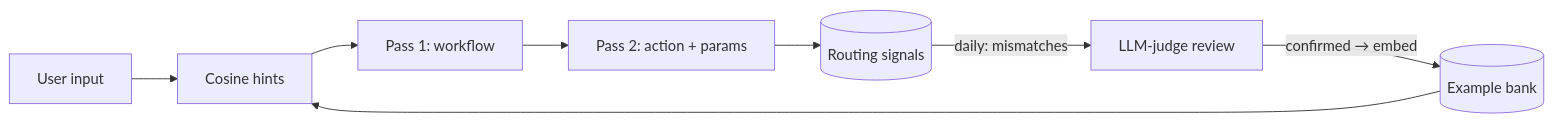
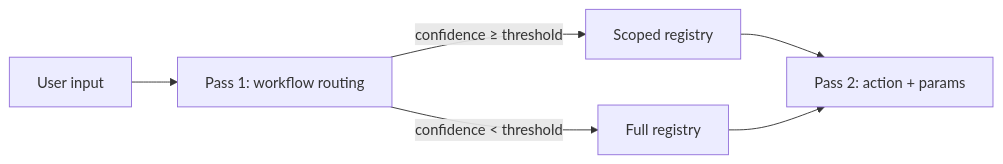
The first of 10 diagrams in README.md (ndrean/reactor-crm_ex), drawn with Mermaid before and after one commit. The commit also changed other lines of this file and 17 other files, not shown here.

````diff
--- a/README.md
+++ b/README.md
@@ -17,10 +17,8 @@
 ```mermaid
 flowchart LR
-    I[User input] --> CS
-    EX[(Example bank)] --> CS[Cosine hints]
-    CS --> P1[Pass 1: workflow]
-    P1 --> P2[Pass 2: action + params]
-    P2 --> RS[(Routing signals)]
-    RS -->|"daily: mismatches"| LJ[LLM-judge review]
-    LJ -->|"confirmed → embed"| EX
+    I[User input] --> P1[Pass 1: workflow routing]
+    P1 -->|"confidence ≥ threshold"| SC[Scoped registry]
+    P1 -->|"confidence < threshold"| FR[Full registry]
+    SC --> P2[Pass 2: action + params]
+    FR --> P2
 ```
````
